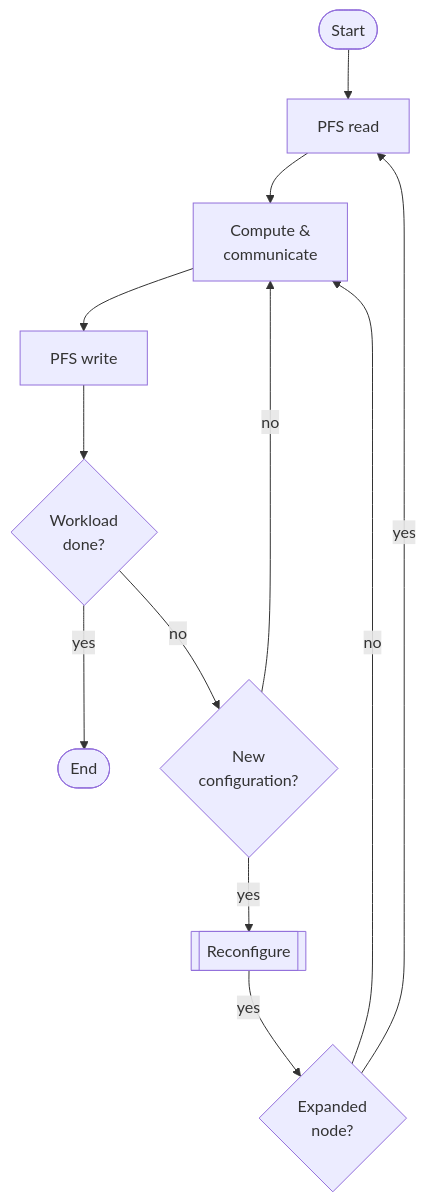
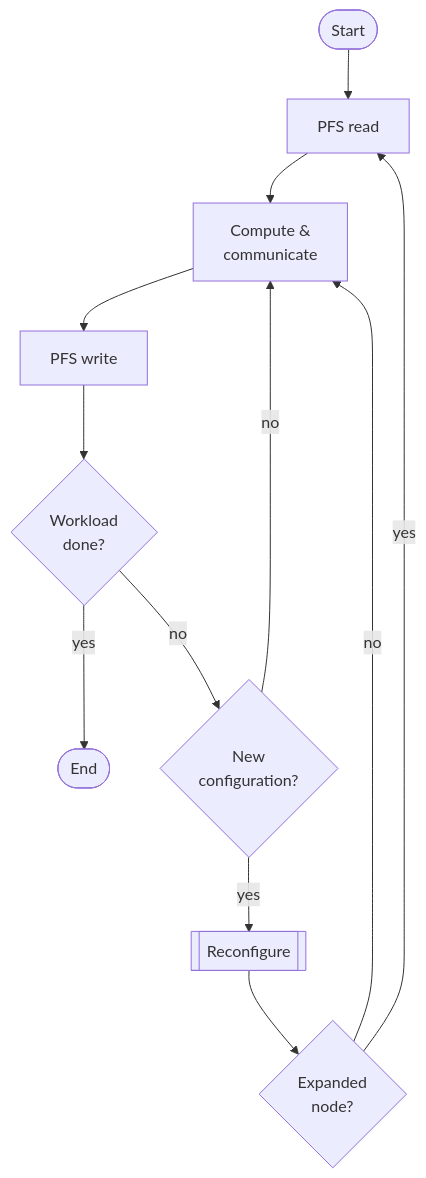
Before and after one commit to elastisim/elastisim.github.io: the diagram in get-started/quickstart.md, drawn with Mermaid.

Commit message:
Update application model flowchart

````diff
--- a/get-started/quickstart.md
+++ b/get-started/quickstart.md
@@ -53,15 +53,15 @@
 ```mermaid
 flowchart TD
     Start([Start])
     Start --> Read[PFS read]
     Read --> Compute[Compute &<br>communicate]
     Compute --> Write[PFS write]
     Write --> WD{Workload<br>done?}
     WD -->|yes|Stop([End])
     WD -->|no|NC{New<br>configuration?}
     NC -->|no|Compute
     NC -->|yes|Reconf[[Reconfigure]]
-    Reconf -->|yes|Expanded{Expanded<br>node?}
+    Reconf --> Expanded{Expanded<br>node?}
     Expanded -->|no|Compute
     Expanded -->|yes|Read
 ```
````
